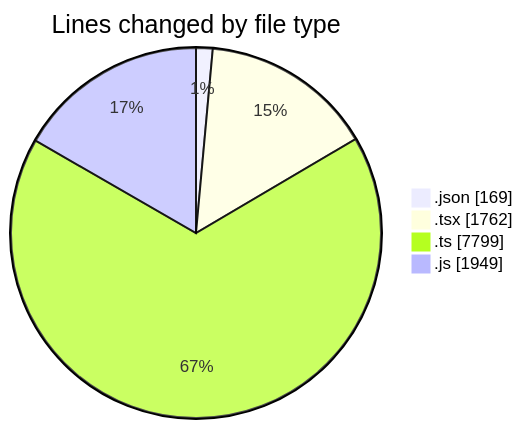
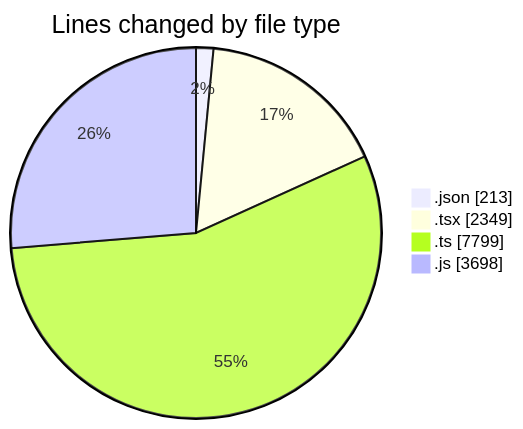
Before and after one commit to momahboobian/code-tracking: the first of 2 diagrams in 2025-07-28/cda/README.md, drawn with Mermaid. The commit also changed other lines of this file and 1 other file, not shown here.

````diff
--- a/2025-07-28/cda/README.md
+++ b/2025-07-28/cda/README.md
@@ -31,8 +31,8 @@
 ```mermaid
 pie showData
 title Lines changed by file type
-".json" : 169
-".tsx" : 1762
+".json" : 213
+".tsx" : 2349
 ".ts" : 7799
-".js" : 1949
+".js" : 3698
 ```
````
